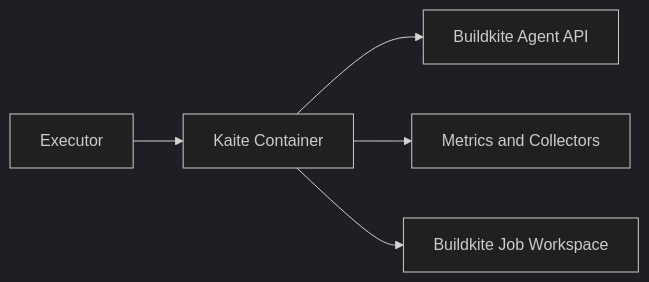
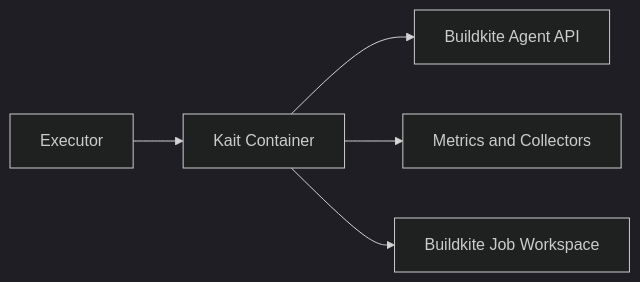
One commit to alexhraber/kait changed the diagram in .decapod/managed/specs/ARCHITECTURE.md. Above: the diagram before and after it, drawn with Mermaid (dark theme). The commit also changed other lines of this file and 14 other files, not shown here.

````diff
--- a/.decapod/managed/specs/ARCHITECTURE.md
+++ b/.decapod/managed/specs/ARCHITECTURE.md
@@ -116,7 +117,7 @@
 ```mermaid
 flowchart LR
-  E[Executor] --> K[Kaite Container]
+  E[Executor] --> K[Kait Container]
   K --> B[Buildkite Agent API]
   K --> M[Metrics and Collectors]
   K --> J[Buildkite Job Workspace]
 ```
````
